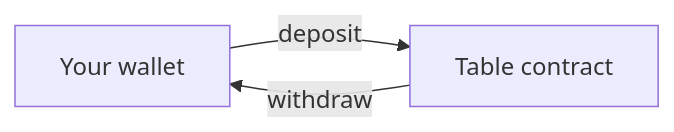
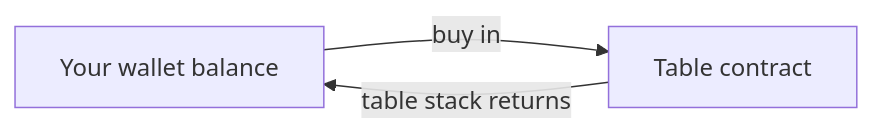
One commit to Stacked-Labs/poker-docs changed the diagram in docs/about/how-stacked-works.md. Above: the diagram before and after it, drawn with Mermaid. The commit also changed other lines of this file and 65 other files, not shown here.

````diff
--- a/docs/about/how-stacked-works.md
+++ b/docs/about/how-stacked-works.md
@@ -21,5 +21,5 @@
 ```mermaid
 flowchart LR
-    W[Your wallet] -- deposit --> C[Table contract]
-    C -- withdraw --> W
+    W[Your wallet balance] -- buy in --> C[Table contract]
+    C -- table stack returns --> W
 ```
````
